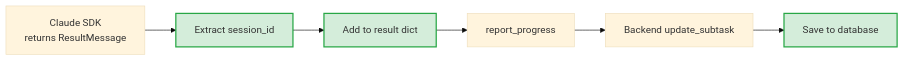
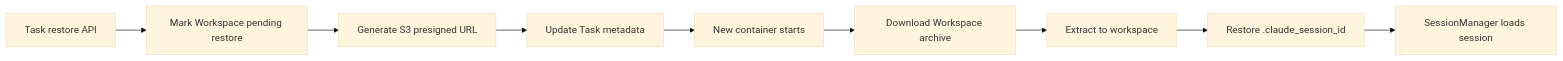
Before and after one commit to wecode-ai/Wegent: the sixth of 8 diagrams in docs/en/features/task-restore.md, drawn with Mermaid (base theme). The commit also changed other lines of this file and 7 other files, not shown here.

First line of the commit message:
refactor(backend,executor): remove database session ID persistence, use workspace archive only

````diff
--- a/docs/en/features/task-restore.md
+++ b/docs/en/features/task-restore.md
@@ -171,10 +207,11 @@
 ```mermaid
 flowchart LR
-    A[Claude SDK<br/>returns ResultMessage] --> B[Extract session_id]:::new
-    B --> C[Add to result dict]:::new
-    C --> D[report_progress]
-    D --> E[Backend update_subtask]
-    E --> F[Save to database]:::new
-
-    classDef new fill:#d4edda,stroke:#28a745,stroke-width:2px
+    A[Task restore API] --> B[Mark Workspace pending restore]
+    B --> C[Generate S3 presigned URL]
+    C --> D[Update Task metadata]
+    D --> E[New container starts]
+    E --> F[Download Workspace archive]
+    F --> G[Extract to workspace]
+    G --> H[Restore .claude_session_id]
+    H --> I[SessionManager loads session]
 ```
````
